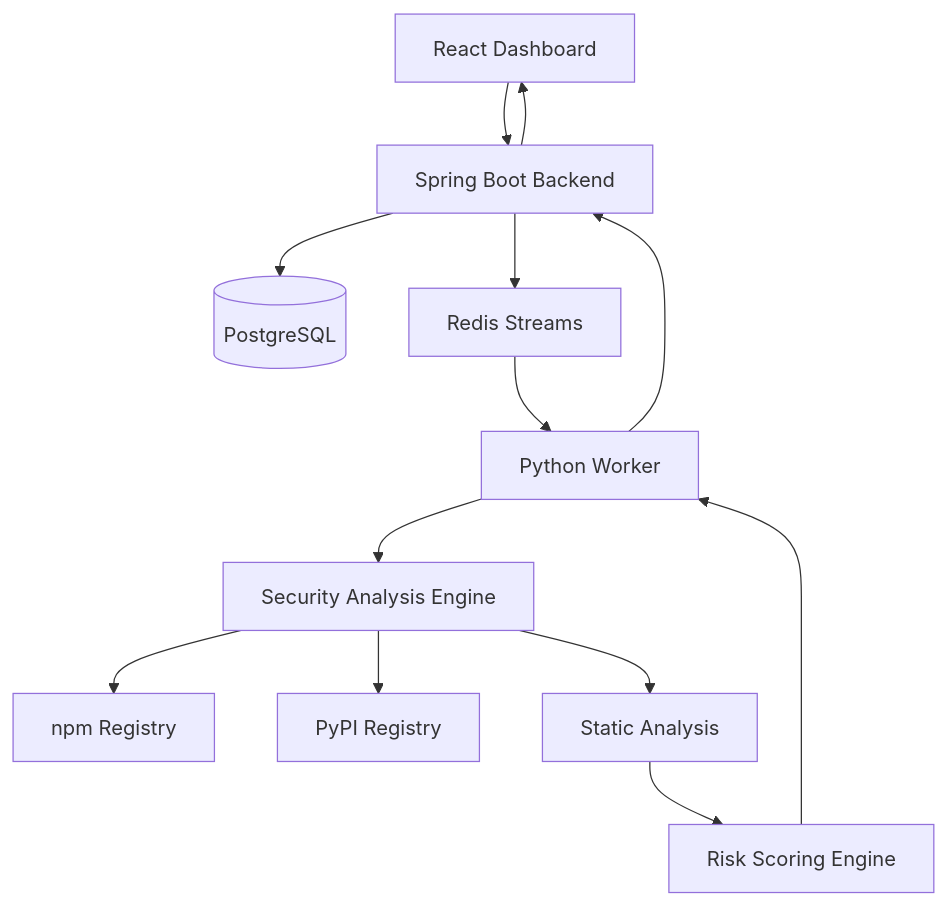
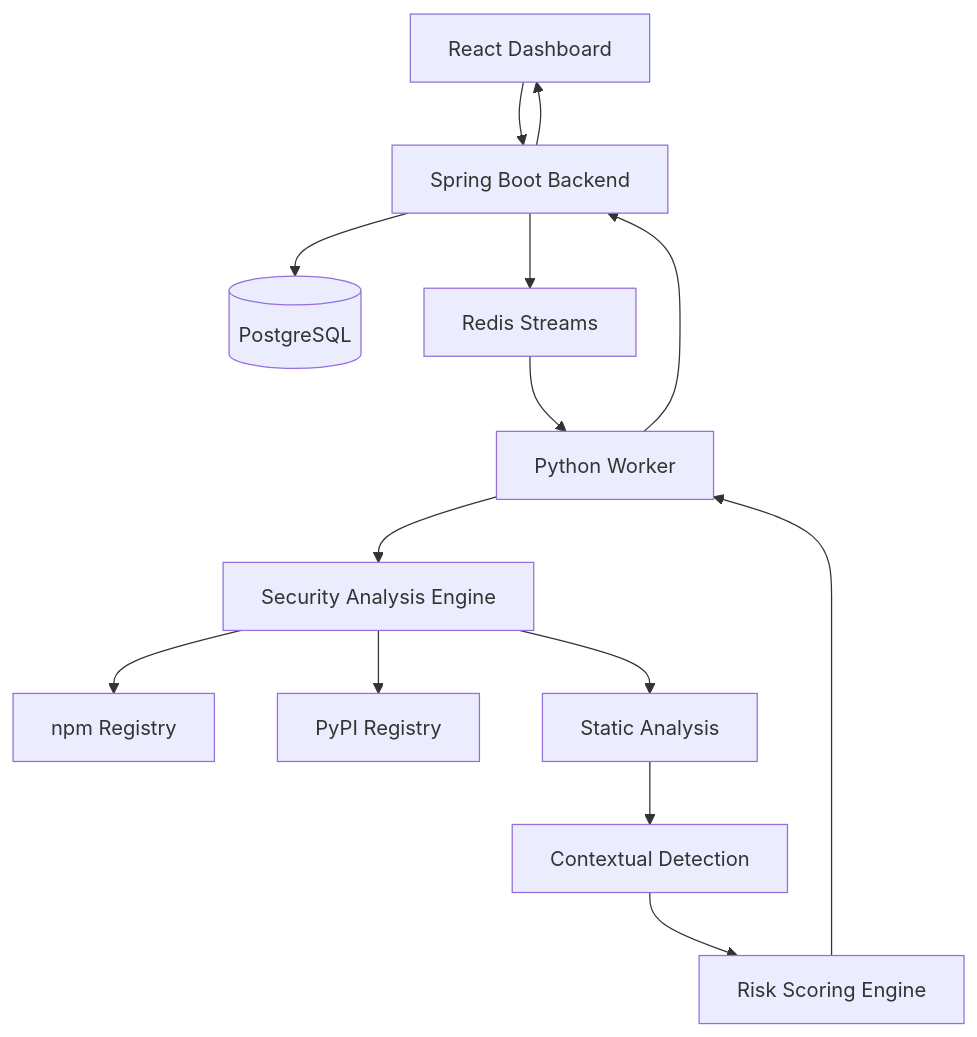
Before and after one commit to SHREYA-03112006/PkgSentinel: the diagram in README.md, drawn with Mermaid. The commit also changed other lines of this file, not shown here.

````diff
--- a/README.md
+++ b/README.md
@@ -67,15 +90,16 @@
 ```mermaid
 flowchart TD
     A[React Dashboard] --> B[Spring Boot Backend]
     B --> C[(PostgreSQL)]
     B --> D[Redis Streams]
     D --> E[Python Worker]
     E --> F[Security Analysis Engine]
     F --> G[npm Registry]
     F --> H[PyPI Registry]
     F --> I[Static Analysis]
-    I --> J[Risk Scoring Engine]
-    J --> E
+    I --> J[Contextual Detection]
+    J --> K[Risk Scoring Engine]
+    K --> E
     E --> B
     B --> A
 ```
````
